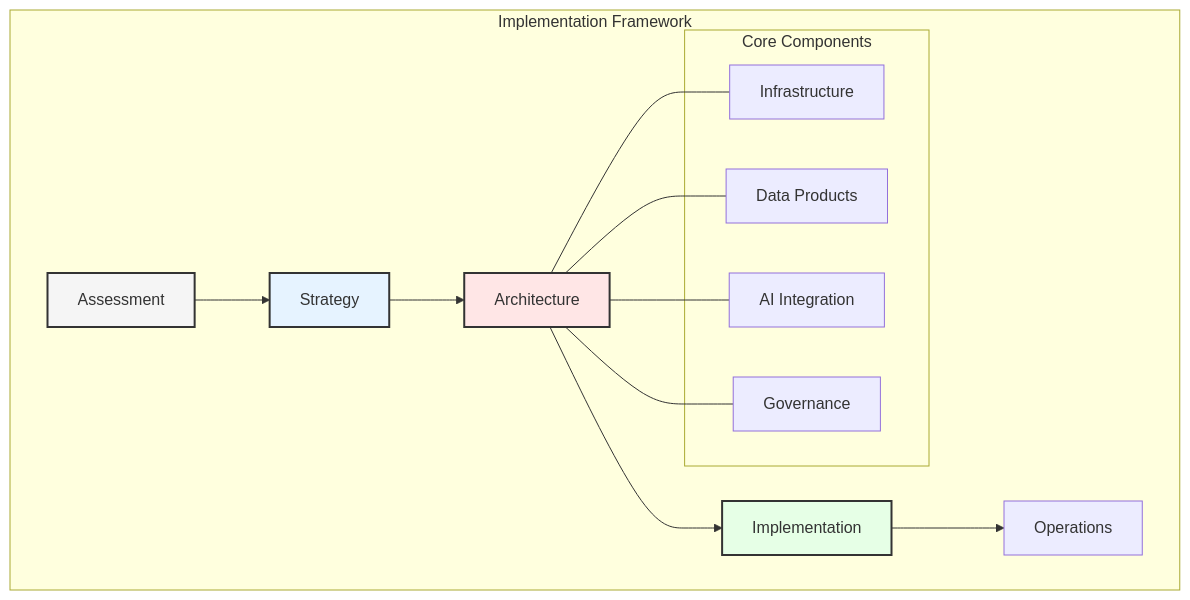
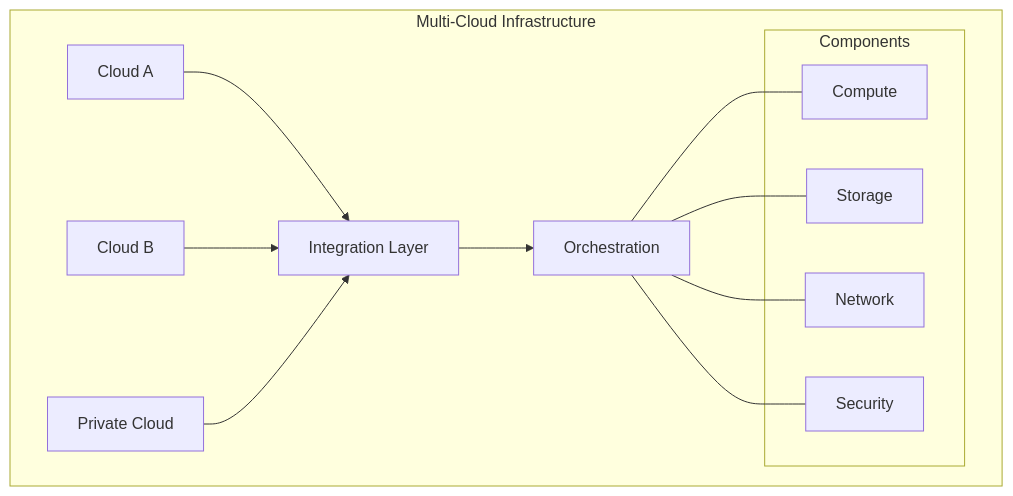
One commit to data-octo/agentic_ai_research changed the first of 7 diagrams in enterprise_data_architecture/chapters/08_implementation.md. Above: the diagram before and after it, drawn with Mermaid. The commit also changed other lines of this file and 11 other files, not shown here.

````diff
--- a/enterprise_data_architecture/chapters/08_implementation.md
+++ b/enterprise_data_architecture/chapters/08_implementation.md
@@ -7,26 +10,21 @@
 ```mermaid
 graph TB
-    subgraph "Implementation Framework"
-        A[Assessment] --> B[Strategy]
-        B --> C[Architecture]
-        C --> D[Implementation]
-        D --> E[Operations]
+    subgraph "Multi-Cloud Infrastructure"
+        A[Cloud A] --> D[Integration Layer]
+        B[Cloud B] --> D
+        C[Private Cloud] --> D
+        D --> E[Orchestration]
         
-        subgraph "Core Components"
-            F[Infrastructure]
-            G[Data Products]
-            H[AI Integration]
-            I[Governance]
+        subgraph "Components"
+            F[Compute]
+            G[Storage]
+            H[Network]
+            I[Security]
         end
         
-        C --- F
-        C --- G
-        C --- H
-        C --- I
+        E --- F
+        E --- G
+        E --- H
+        E --- I
     end
-    
-    style A fill:#f5f5f5,stroke:#333,stroke-width:2px
-    style B fill:#e6f3ff,stroke:#333,stroke-width:2px
-    style C fill:#ffe6e6,stroke:#333,stroke-width:2px
-    style D fill:#e6ffe6,stroke:#333,stroke-width:2px
 ```
````
